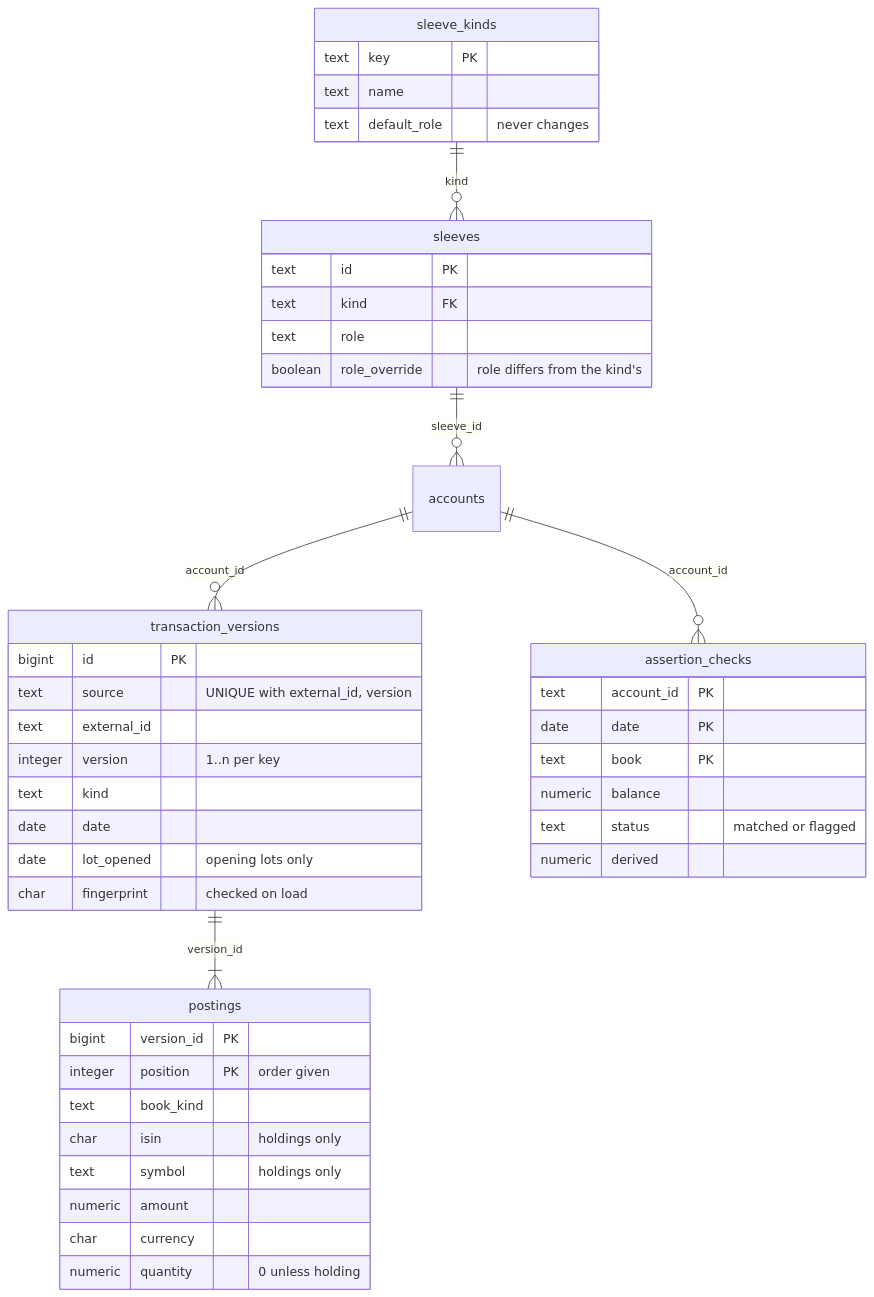
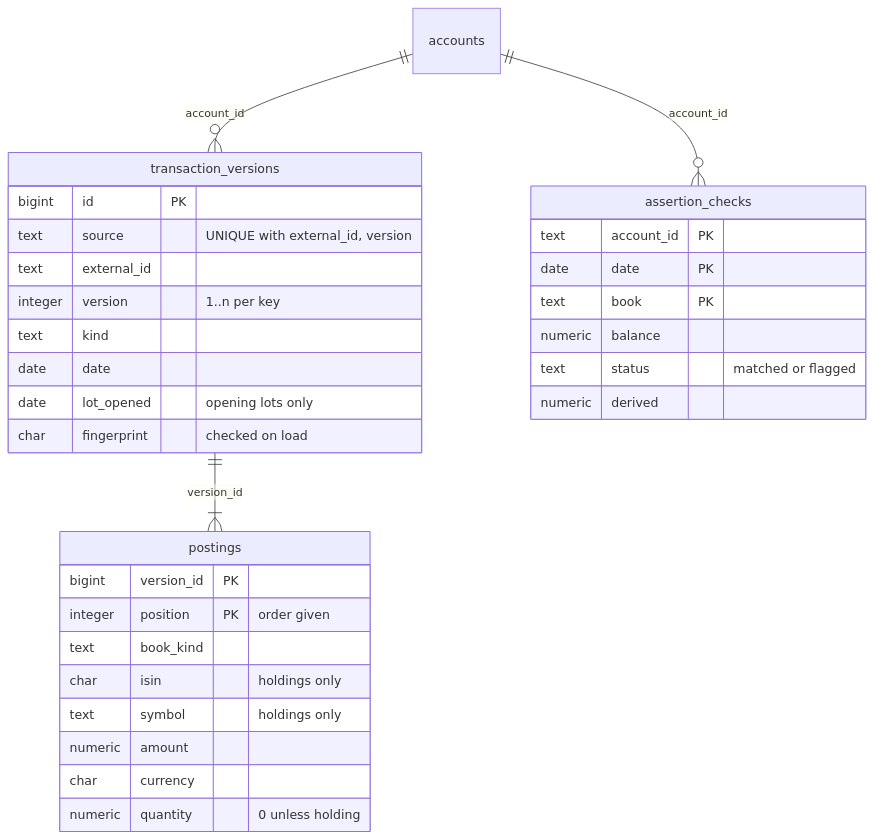
Before and after one commit to arkadiuss/openfief: the fourth of 4 diagrams in docs/concepts/ledger.md, drawn with Mermaid. The commit also changed other lines of this file and 292 other files, not shown here.

````diff
--- a/docs/concepts/ledger.md
+++ b/docs/concepts/ledger.md
@@ -192,47 +187,34 @@
 ```mermaid
 erDiagram
-  sleeve_kinds ||--o{ sleeves : "kind"
-  sleeves ||--o{ accounts : "sleeve_id"
   accounts ||--o{ transaction_versions : "account_id"
   transaction_versions ||--|{ postings : "version_id"
   accounts ||--o{ assertion_checks : "account_id"
-  sleeve_kinds {
-    text key PK
-    text name
-    text default_role "never changes"
-  }
-  sleeves {
-    text id PK
-    text kind FK
-    text role
-    boolean role_override "role differs from the kind's"
-  }
   transaction_versions {
     bigint id PK
     text source "UNIQUE with external_id, version"
     text external_id
     integer version "1..n per key"
     text kind
     date date
     date lot_opened "opening lots only"
     char fingerprint "checked on load"
   }
   postings {
     bigint version_id PK
     integer position PK "order given"
     text book_kind
     char isin "holdings only"
     text symbol "holdings only"
     numeric amount
     char currency
     numeric quantity "0 unless holding"
   }
   assertion_checks {
     text account_id PK
     date date PK
     text book PK
     numeric balance
     text status "matched or flagged"
     numeric derived
   }
 ```
````
